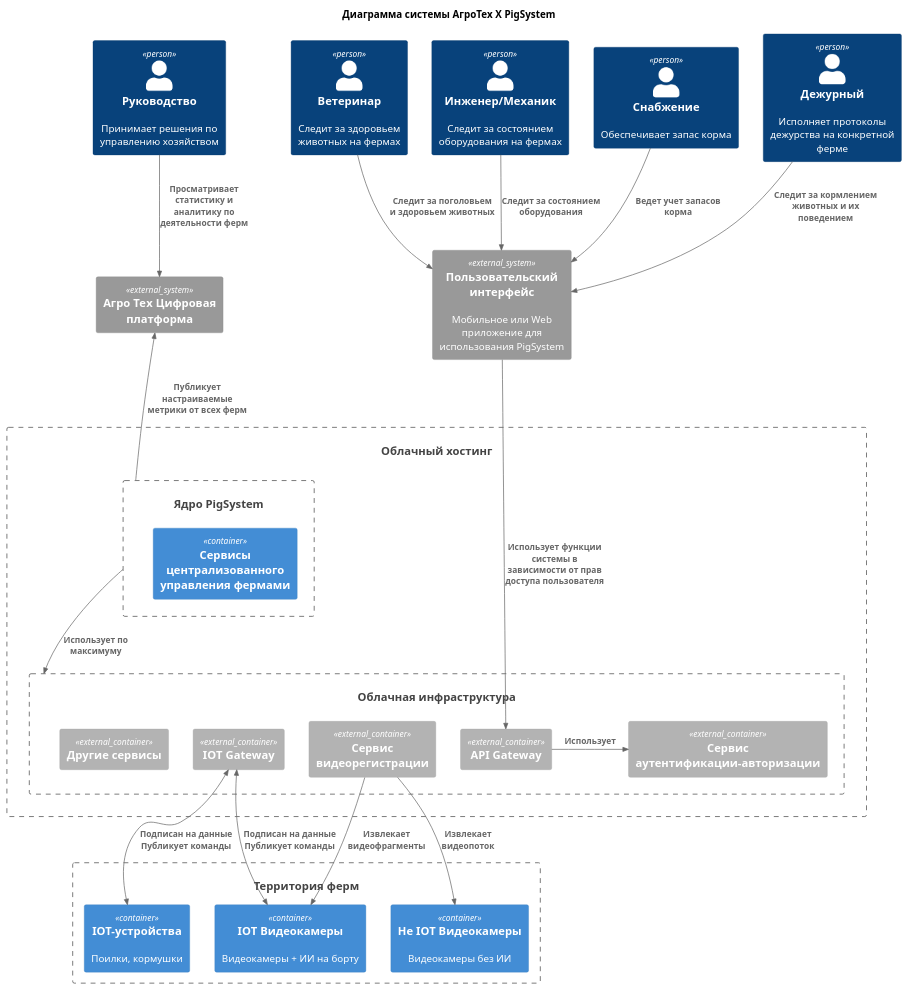
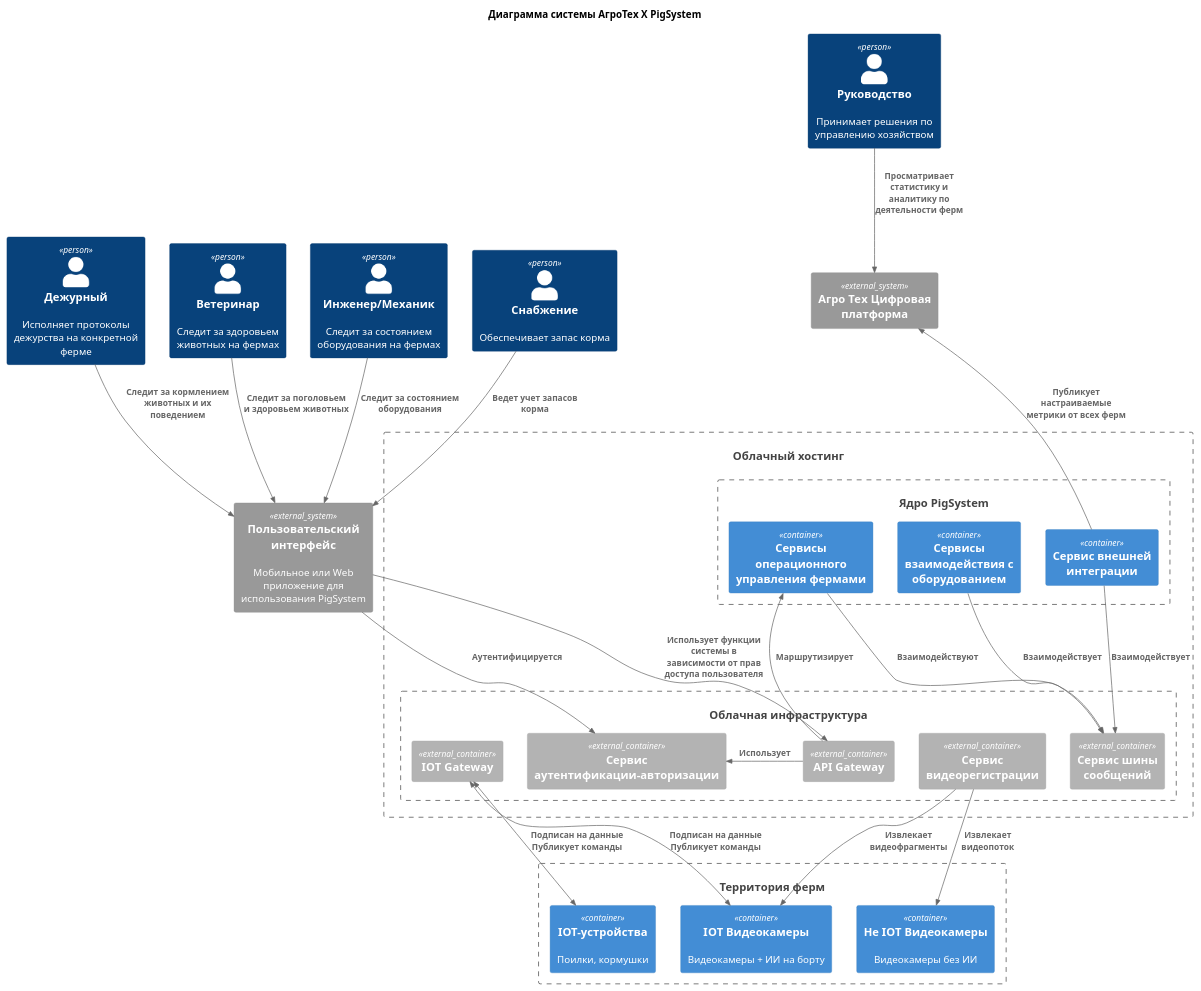
Before and after one commit to ane-ta/ms-agrotech: the diagram in Task2/Container-option-Cloud MVP.puml, drawn with PlantUML. The commit also changed 1 other file, not shown here.

Commit message:
docs: C2Options - system core services groups added

```diff
--- a/Task2/Container-option-Cloud MVP.puml
+++ b/Task2/Container-option-Cloud MVP.puml
@@ -1,81 +1,74 @@
 @startuml
 title Диаграмма системы АгроТех Х PigSystem
 
 !includeurl https://raw.githubusercontent.com/RicardoNiepel/C4-PlantUML/master/C4_Component.puml
 Person(userDir, "Руководство", "Принимает решения по управлению хозяйством")
 Person(userOnDuty, "Дежурный", "Исполняет протоколы дежурства на конкретной ферме")
 Person(userVet, "Ветеринар", "Следит за здоровьем животных на фермах")
 Person(userMech, "Инженер/Механик", "Следит за состоянием оборудования на фермах")
 Person(userSupply, "Снабжение", "Обеспечивает запас корма")
 
 System_Ext(sysAgroTech, "Агро Тех Цифровая платформа")
 
 System_Ext(appUsing, "Пользовательский интерфейс", "Mобильное или Web приложение для использования PigSystem")
-Lay_Right(sysAgroTech, appUsing)
 
 System_Ext(sysCloud, "Облачный хостинг", "")
 Container_Boundary(sysCloud, ""){
     
     System(cntCloudServices, "Облачная инфраструктура", "")
     Container_Boundary(cntCloudServices, "Облачные сервисы"){
+        Container_Ext(cmpUsersManagement, "Сервис аутентификации-авторизации")
+        Container_Ext(cmpAPIGateway, "API Gateway")
         Container_Ext(cmpIOTGateway, "IOT Gateway")
-        Container_Ext(cmpAPIGateway, "API Gateway")
-        Container_Ext(cmpUsersManagement, "Сервис аутентификации-авторизации")
         Container_Ext(cmpVideo, "Сервис видеорегистрации")
-        Container_Ext(cmpCloudServicesOther, "Другие сервисы")
+        Container_Ext(cmpCloudBroker, "Сервис шины сообщений")
+'        Container_Ext(cmpCloudServicesOther, "Другие сервисы")
     }
 
     System(sysCenter, " Ядро PigSystem", "")
     Container_Boundary(sysCenter,""){
-        Container(cntManagementServices, "Сервисы централизованного управления фермами")
+        Container(cntManagementServices, "Сервисы операционного управления фермами")
+        Container(cntDeviceServices, "Сервисы взаимодействия с оборудованием")
+        Container(cntIntegrationService, "Сервис внешней интеграции")
     }
 }
 
 System(sysFarm, "Территория ферм", "")
 Container_Boundary(sysFarm, ""){
     Container(cntEdgeDevices, "IOT-устройства", "", "Поилки, кормушки")
     Container(cntEdgeIOTCameras, "IOT Видеокамеры", "", "Видеокамеры + ИИ на борту")
     Container(cntEdgeCameras, "Не IOT Видеокамеры", "", "Видеокамеры без ИИ")
 }
+'Laying
+Lay_Right(sysAgroTech, appUsing)
+Lay_Right(cmpUsersManagement, cmpAPIGateway)
+Lay_Right(cmpAPIGateway, cmpIOTGateway)
+Lay_Right(cmpIOTGateway, cmpCloudBroker)
+'Lay_Right(cmpCloudBroker, cmpCloudServicesOther)
+
 'using systems
 Rel_Down(userDir, sysAgroTech, "Просматривает статистику и аналитику по деятельности ферм")
 Rel_Down(userOnDuty, appUsing, "Следит за кормлением животных и их поведением")
 Rel_Down(userVet, appUsing, "Следит за поголовьем и здоровьем животных")
 Rel_Down(userMech, appUsing, "Следит за состоянием оборудования")
 Rel_Down(userSupply, appUsing, "Ведет учет запасов корма")
 
 Rel_Down(appUsing, cmpAPIGateway, "Использует функции системы в зависимости от прав доступа пользователя")
+Rel_Down(appUsing, cmpUsersManagement, "Аутентифицируется")
 
-Rel_Up(sysCenter, sysAgroTech, "Публикует настраиваемые метрики от всех ферм")
+Rel_Up(cntIntegrationService, sysAgroTech, "Публикует настраиваемые метрики от всех ферм")
+Rel(cmpAPIGateway, cntManagementServices, "Маршрутизирует")
 
 'internal
-Rel(sysCenter, cntCloudServices, "Использует по максимуму")
-Rel_Right(cmpAPIGateway, cmpUsersManagement, "Использует")
+Rel(cntManagementServices, cmpCloudBroker, "Взаимодействуют")
+Rel(cntIntegrationService, cmpCloudBroker, "Взаимодействует")
+Rel_Left(cmpAPIGateway, cmpUsersManagement, "Использует")
+Rel(cntDeviceServices, cmpCloudBroker, "Взаимодействует")
 
 'slave
 BiRel(cmpIOTGateway, cntEdgeDevices, "Подписан на данные\nПубликует команды")
 BiRel(cmpIOTGateway, cntEdgeIOTCameras, "Подписан на данные\nПубликует команды")
 Rel(cmpVideo, cntEdgeCameras, "Извлекает\nвидеопоток")
 Rel(cmpVideo, cntEdgeIOTCameras, "Извлекает\nвидеофрагменты")
 
-' System(sysCenter, "Центр", "")
-
-' System(sysFarm, "Территория фермы", "")
-' Container_Boundary(sysFarm, ""){
-'     Container(cntEdgeDevices, "IOT-устройства", "Видеокамеры, поилки, кормушки")
-' }
-
-' System(sysAgroTech, "Агро Тех Цифровая платформа")
-
-' System(sysCloud, "Облачное пространство", "")
-' Container_Boundary(sysCloud, ""){
-'     Container(cntCloudServices, "Облачные сервисы")
-
-' }
-
-' System(sysOnPremise, "Пространство ЦОД", "")
-' Container_Boundary(sysOnPremise, ""){
-
-' }
-
 @enduml
```
